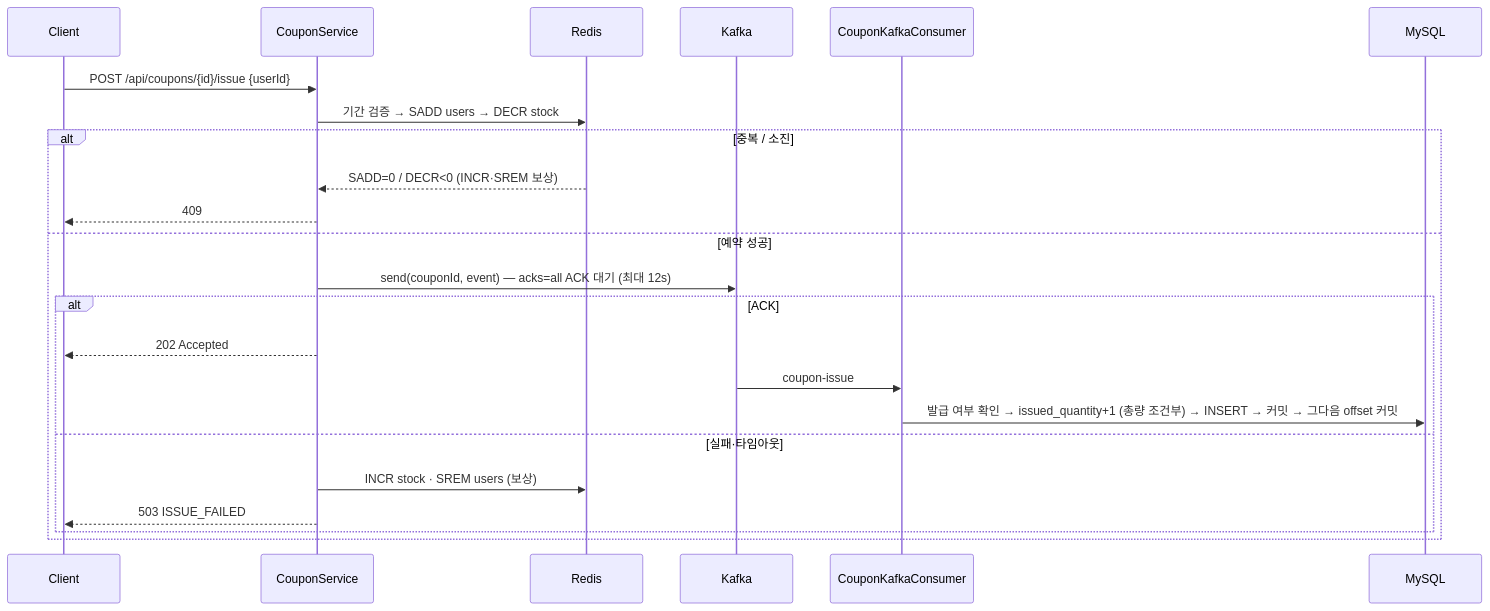
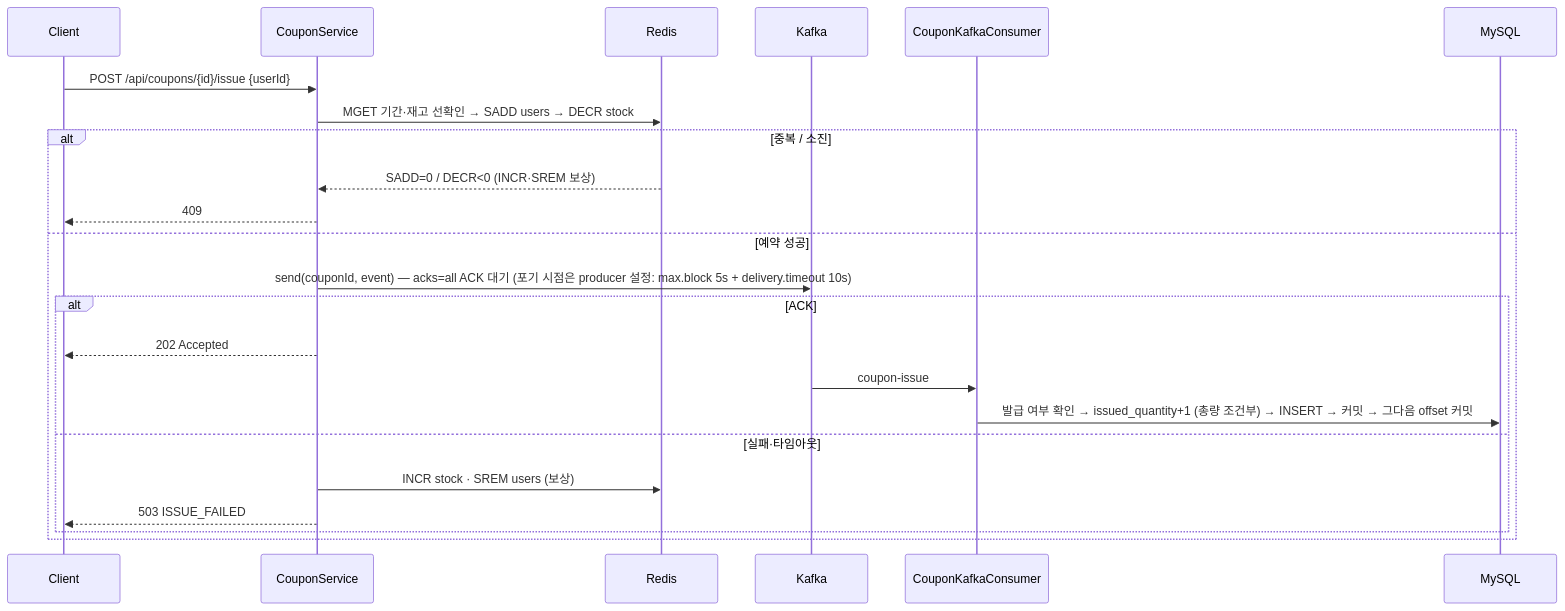
The diagram in 4-coupon_kafka_ack/README.md (joejaeyoung/Project-coupon_rush), drawn with Mermaid before and after one commit. The commit also changed other lines of this file, not shown here.

````diff
--- a/4-coupon_kafka_ack/README.md
+++ b/4-coupon_kafka_ack/README.md
@@ -11,26 +11,26 @@
 ```mermaid
 sequenceDiagram
     participant C as Client
     participant API as CouponService
     participant R as Redis
     participant K as Kafka
     participant CS as CouponKafkaConsumer
     participant DB as MySQL
 
     C->>API: POST /api/coupons/{id}/issue {userId}
-    API->>R: 기간 검증 → SADD users → DECR stock
+    API->>R: MGET 기간·재고 선확인 → SADD users → DECR stock
     alt 중복 / 소진
         R-->>API: SADD=0 / DECR<0 (INCR·SREM 보상)
         API-->>C: 409
     else 예약 성공
-        API->>K: send(couponId, event) — acks=all ACK 대기 (최대 12s)
+        API->>K: send(couponId, event) — acks=all ACK 대기 (포기 시점은 producer 설정: max.block 5s + delivery.timeout 10s)
         alt ACK
             API-->>C: 202 Accepted
             K->>CS: coupon-issue
             CS->>DB: 발급 여부 확인 → issued_quantity+1 (총량 조건부) → INSERT → 커밋 → 그다음 offset 커밋
         else 실패·타임아웃
             API->>R: INCR stock · SREM users (보상)
             API-->>C: 503 ISSUE_FAILED
         end
     end
 ```
````
